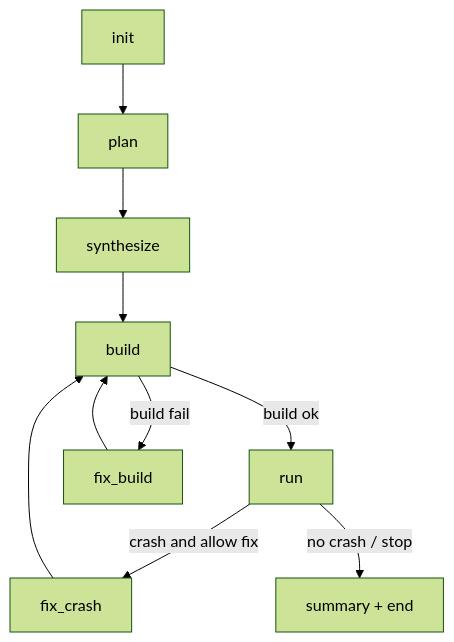
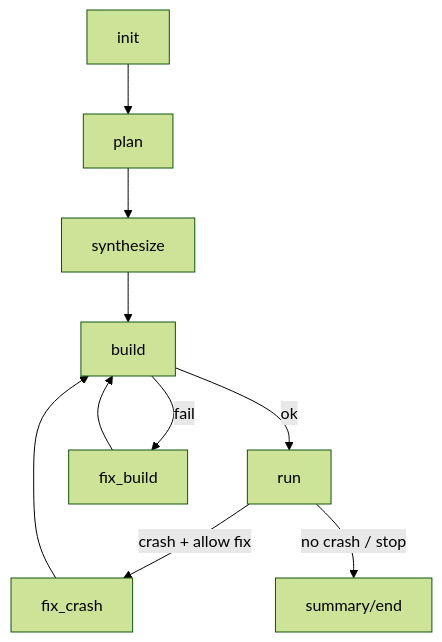
The third of 5 diagrams in README.md (ZUENS2020/Sherpa), drawn with Mermaid (forest theme) before and after one commit. The commit also changed other lines of this file and 8 other files, not shown here.

````diff
--- a/README.md
+++ b/README.md
@@ -79,12 +70,12 @@
 ```mermaid
 flowchart TD
   I["init"] --> P["plan"]
   P --> S["synthesize"]
   S --> B["build"]
-  B -->|"build ok"| R["run"]
-  B -->|"build fail"| FB["fix_build"]
+  B -->|"ok"| R["run"]
+  B -->|"fail"| FB["fix_build"]
   FB --> B
-  R -->|"crash and allow fix"| FC["fix_crash"]
+  R -->|"crash + allow fix"| FC["fix_crash"]
   FC --> B
-  R -->|"no crash / stop"| E["summary + end"]
+  R -->|"no crash / stop"| E["summary/end"]
 ```
````
